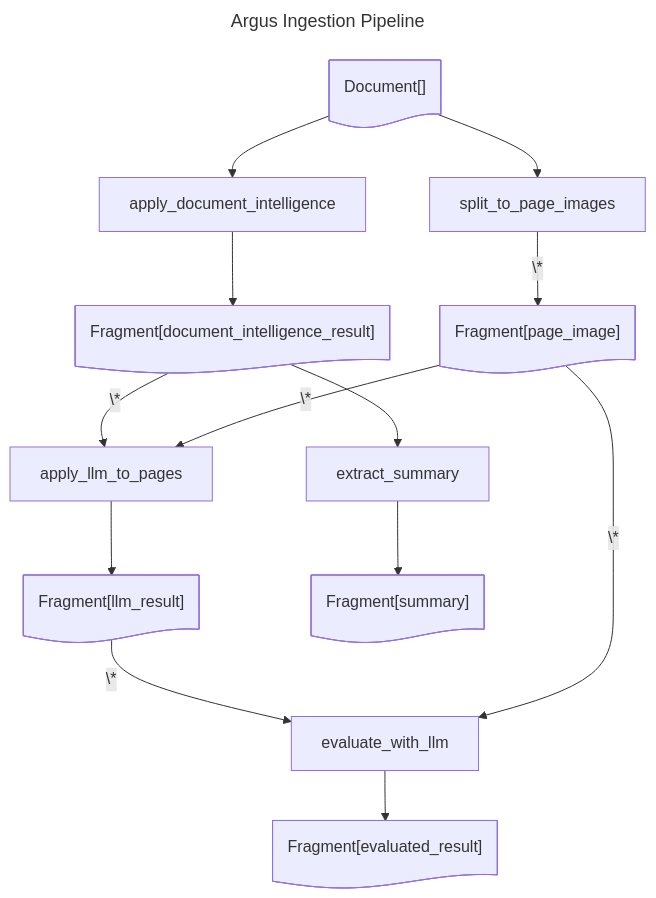
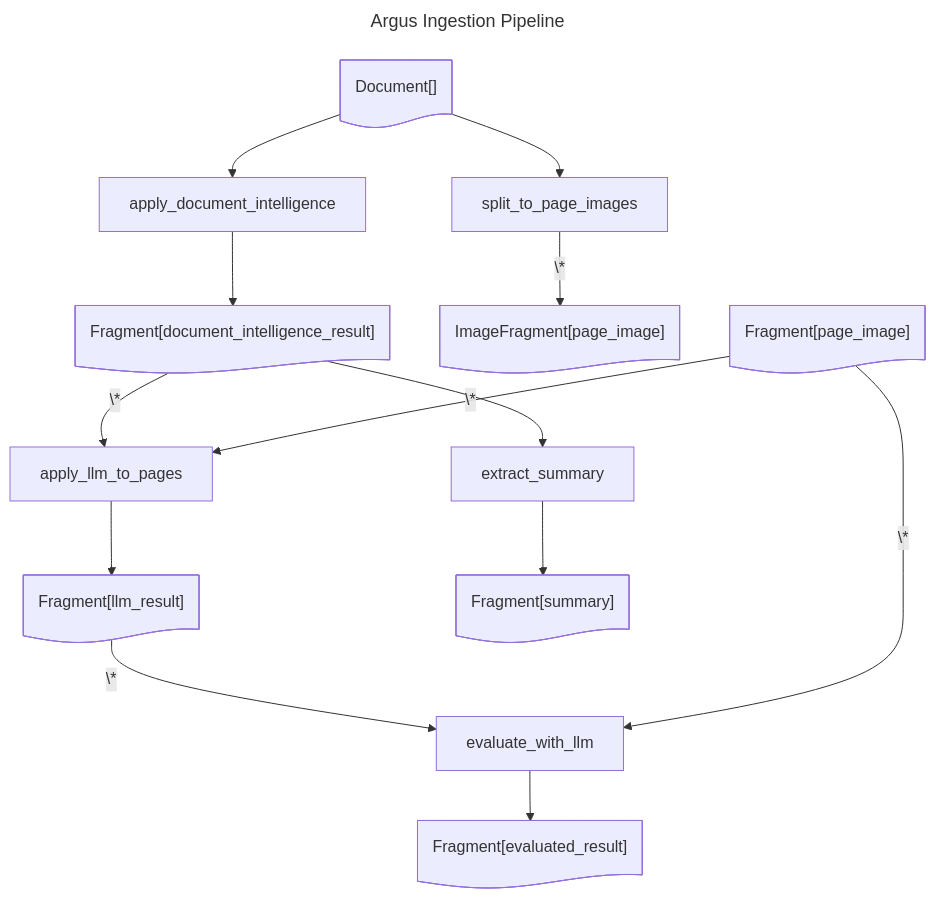
Before and after one commit to Azure-Samples/az-ai-catalyst: the diagram in examples/argus.md, drawn with Mermaid. The commit also changed 10 other files, not shown here.

Commit message:
Polishing code by adding helper methods to fragments, introduced ImageFragment

````diff
--- a/examples/argus.md
+++ b/examples/argus.md
@@ -1,29 +1,30 @@
 ```mermaid
 ---
 title: Argus Ingestion Pipeline
 ---
 flowchart TD
     Document_@{ shape: doc, label: "Document[]" }
     Fragment_document_intelligence_result@{ shape: doc, label: "Fragment[document_intelligence_result]" }
     apply_document_intelligence@{ shape: rect, label: "apply_document_intelligence" }
+    ImageFragment_page_image@{ shape: doc, label: "ImageFragment[page_image]" }
+    split_to_page_images@{ shape: rect, label: "split_to_page_images" }
     Fragment_page_image@{ shape: doc, label: "Fragment[page_image]" }
-    split_to_page_images@{ shape: rect, label: "split_to_page_images" }
     Fragment_llm_result@{ shape: doc, label: "Fragment[llm_result]" }
     apply_llm_to_pages@{ shape: rect, label: "apply_llm_to_pages" }
     Fragment_summary@{ shape: doc, label: "Fragment[summary]" }
     extract_summary@{ shape: rect, label: "extract_summary" }
     Fragment_evaluated_result@{ shape: doc, label: "Fragment[evaluated_result]" }
     evaluate_with_llm@{ shape: rect, label: "evaluate_with_llm" }
     Document_ --> apply_document_intelligence
     apply_document_intelligence --> Fragment_document_intelligence_result
     Document_ --> split_to_page_images
-    split_to_page_images -- \* --> Fragment_page_image
+    split_to_page_images -- \* --> ImageFragment_page_image
     Fragment_document_intelligence_result -- \* --> apply_llm_to_pages
     Fragment_page_image -- \* --> apply_llm_to_pages
     apply_llm_to_pages --> Fragment_llm_result
     Fragment_document_intelligence_result --> extract_summary
     extract_summary --> Fragment_summary
     Fragment_llm_result -- \* --> evaluate_with_llm
     Fragment_page_image -- \* --> evaluate_with_llm
     evaluate_with_llm --> Fragment_evaluated_result
 ```
````
